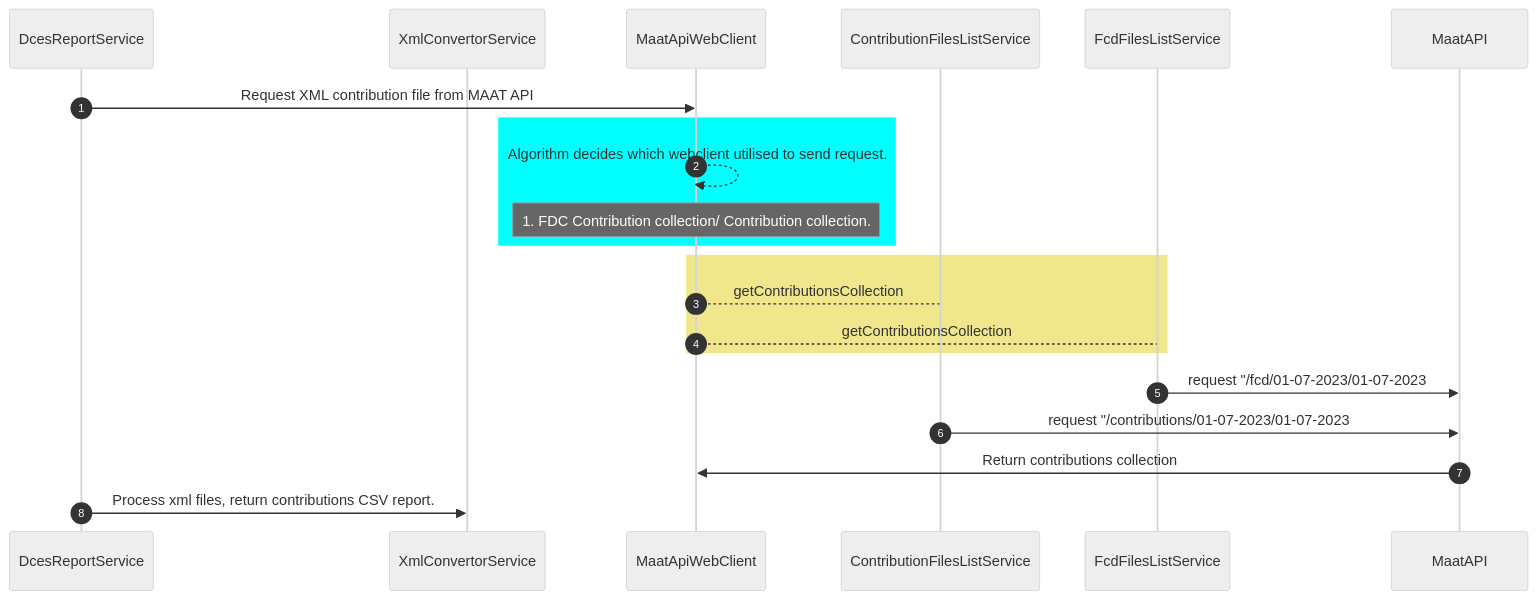
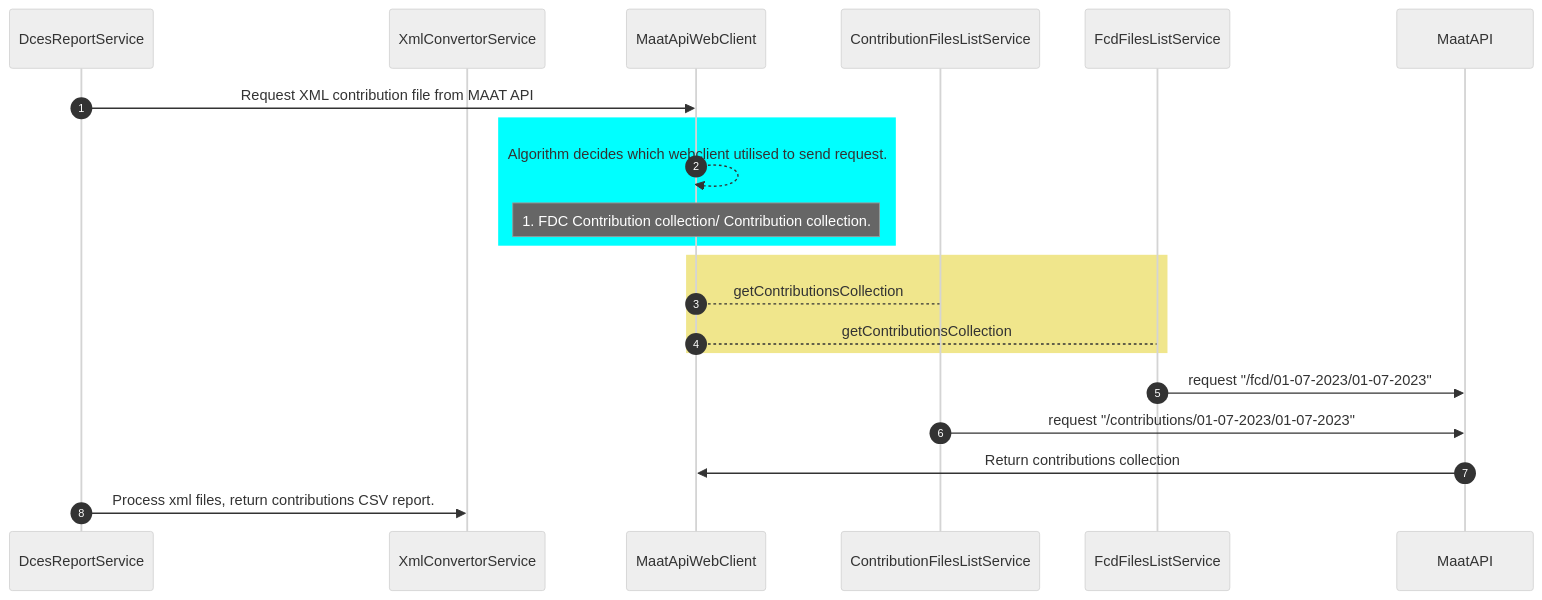
The diagram in dces-report-service/docs/xml-collection-and-processing.md (ministryofjustice/laa-dces-report-service), drawn with Mermaid (neutral theme) before and after one commit.

````diff
--- a/dces-report-service/docs/xml-collection-and-processing.md
+++ b/dces-report-service/docs/xml-collection-and-processing.md
@@ -1,31 +1,31 @@
 ```mermaid
 
 sequenceDiagram
     autonumber
     participant DcesReportService
     participant XmlConvertorService
     participant MaatApiWebClient
     participant ContributionFilesListService
     participant FcdFilesListService
     participant MaatAPI
 
     DcesReportService->> MaatApiWebClient: Request XML contribution file from MAAT API
     
     rect Cyan
         MaatApiWebClient-->> MaatApiWebClient: Algorithm decides which webclient utilised to send request.
         Note over MaatApiWebClient: 1. FDC Contribution collection/ Contribution collection.
     
     end
     rect khaki
         
         MaatApiWebClient-->ContributionFilesListService: getContributionsCollection
         MaatApiWebClient-->FcdFilesListService: getContributionsCollection
     end
-    FcdFilesListService->>MaatAPI: request "/fcd/01-07-2023/01-07-2023
-    ContributionFilesListService->>MaatAPI: request "/contributions/01-07-2023/01-07-2023
+    FcdFilesListService->>MaatAPI: request "/fcd/01-07-2023/01-07-2023"
+    ContributionFilesListService->>MaatAPI: request "/contributions/01-07-2023/01-07-2023"
     
     MaatAPI->>MaatApiWebClient: Return contributions collection
 
     DcesReportService->>XmlConvertorService: Process xml files, return contributions CSV report.
 
 ```
````
